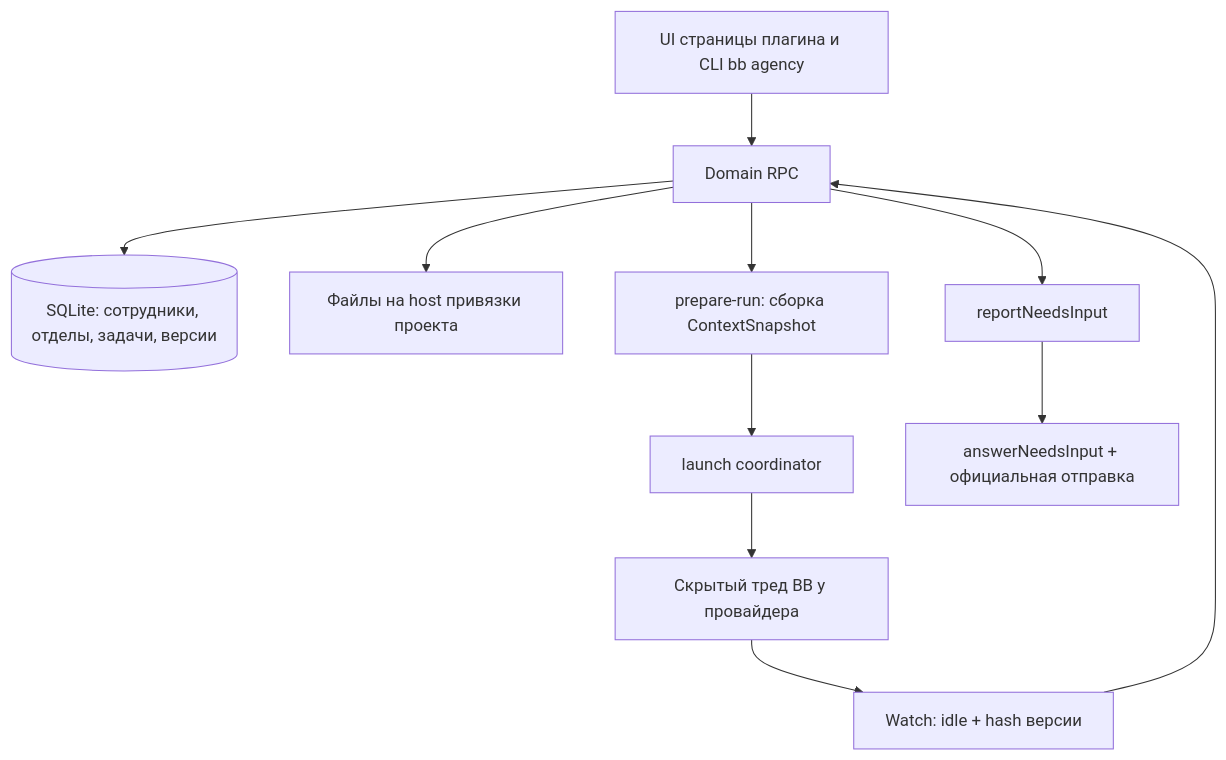
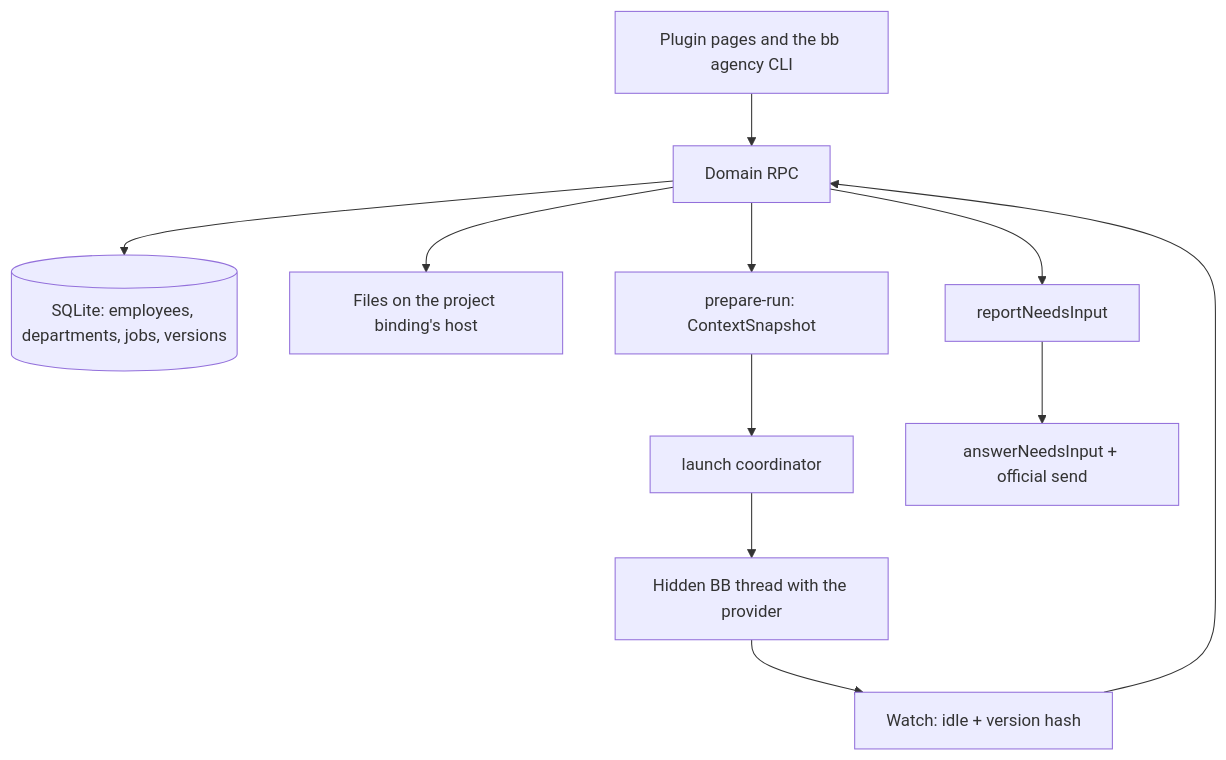
Before and after one commit to VKirill/bb-plugin-agency: the diagram in README.md, drawn with Mermaid. The commit also changed other lines of this file and 1 other file, not shown here.

````diff
--- a/README.md
+++ b/README.md
@@ -48,13 +51,13 @@
 ```mermaid
 flowchart TD
-  UI[UI страницы плагина и CLI bb agency] --> S[Domain RPC]
-  S --> D[(SQLite: сотрудники, отделы, задачи, версии)]
-  S --> F[Файлы на host привязки проекта]
-  S --> P[prepare-run: сборка ContextSnapshot]
+  UI[Plugin pages and the bb agency CLI] --> S[Domain RPC]
+  S --> D[(SQLite: employees, departments, jobs, versions)]
+  S --> F[Files on the project binding's host]
+  S --> P[prepare-run: ContextSnapshot]
   P --> L[launch coordinator]
-  L --> T[Скрытый тред BB у провайдера]
-  T --> W[Watch: idle + hash версии]
+  L --> T[Hidden BB thread with the provider]
+  T --> W[Watch: idle + version hash]
   W --> S
   S --> N[reportNeedsInput]
-  N --> A[answerNeedsInput + официальная отправка]
+  N --> A[answerNeedsInput + official send]
 ```
````
